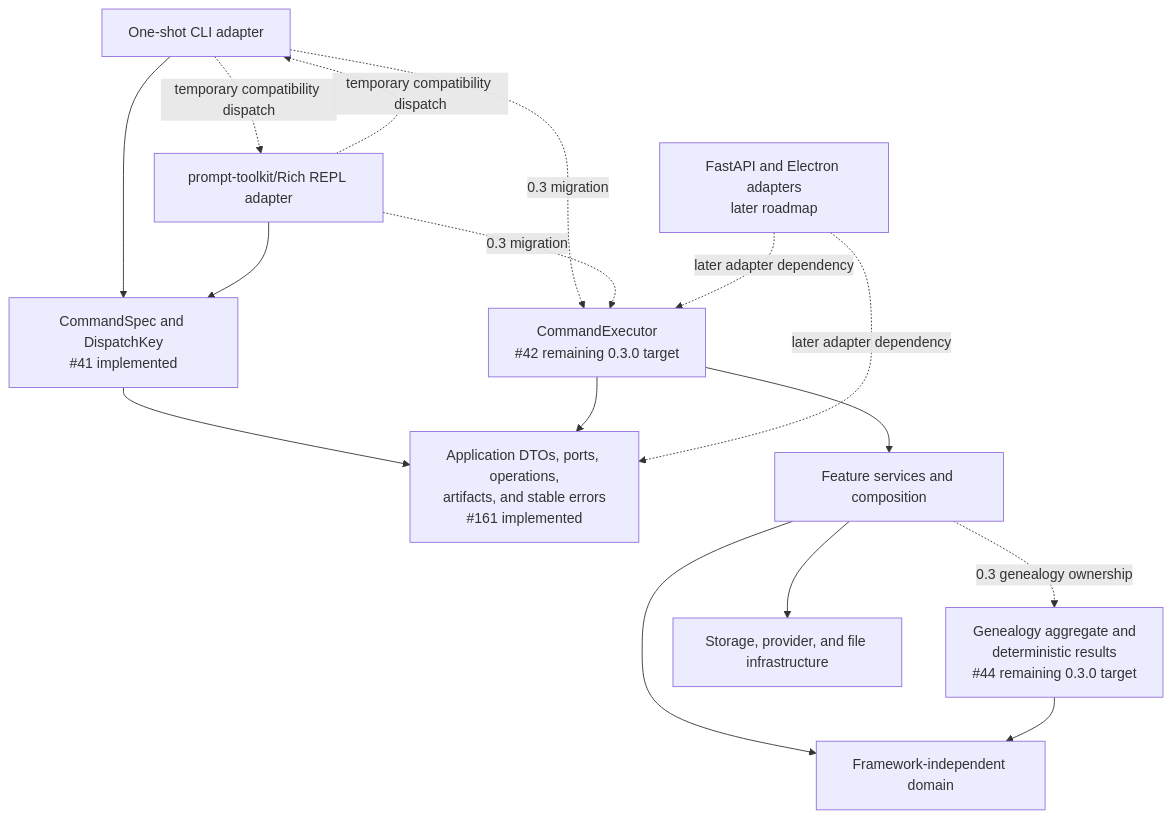
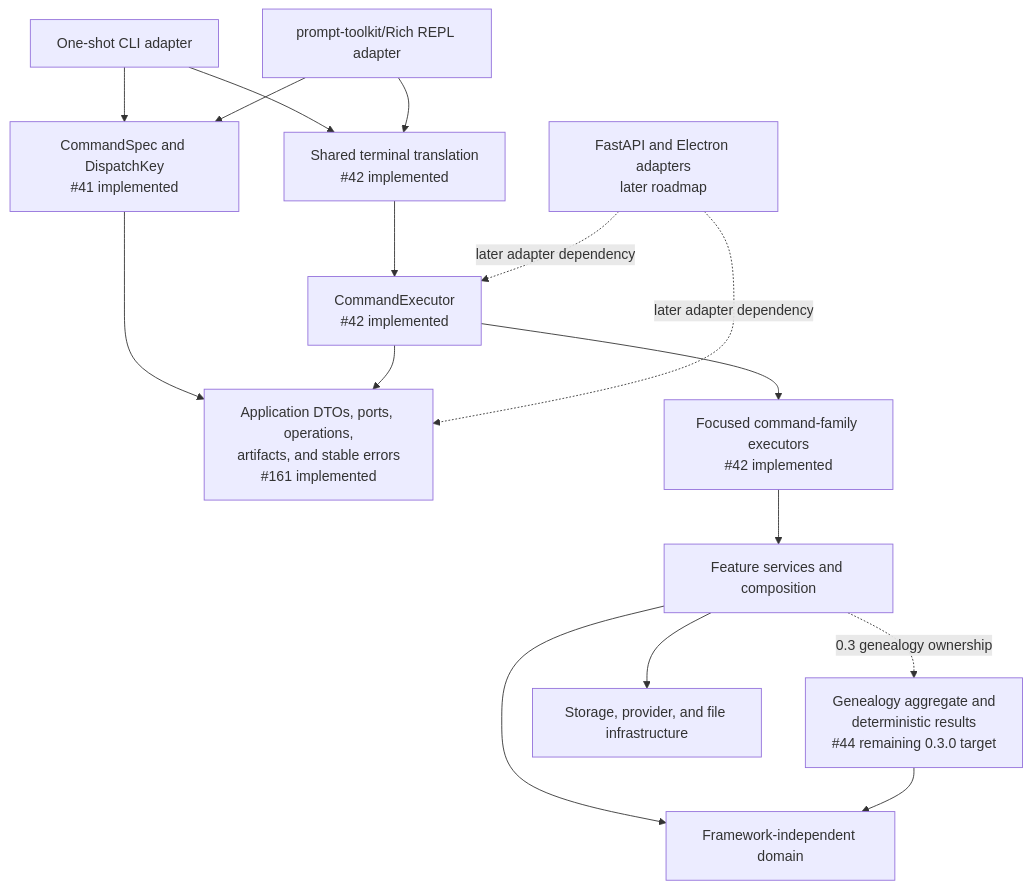
The diagram in docs/ARCHITECTURE_CONTRACTS.md (sodejm/AncestryLLM), drawn with Mermaid before and after one commit. The commit also changed other lines of this file and 31 other files, not shown here.

Commit message:
feat: share command execution across terminal adapters

````diff
--- a/docs/ARCHITECTURE_CONTRACTS.md
+++ b/docs/ARCHITECTURE_CONTRACTS.md
@@ -24,29 +24,31 @@
 ```mermaid
 flowchart TB
     CLI["One-shot CLI adapter"]
     REPL["prompt-toolkit/Rich REPL adapter"]
     Specs["CommandSpec and DispatchKey\n#41 implemented"]
     Contracts["Application DTOs, ports, operations,\nartifacts, and stable errors\n#161 implemented"]
-    Executor["CommandExecutor\n#42 remaining 0.3.0 target"]
+    Terminal["Shared terminal translation\n#42 implemented"]
+    Executor["CommandExecutor\n#42 implemented"]
+    Handlers["Focused command-family executors\n#42 implemented"]
     Services["Feature services and composition"]
     Aggregate["Genealogy aggregate and\ndeterministic results\n#44 remaining 0.3.0 target"]
     Domain["Framework-independent domain"]
     Infra["Storage, provider, and file infrastructure"]
     Future["FastAPI and Electron adapters\nlater roadmap"]
 
     CLI --> Specs
     REPL --> Specs
-    CLI -. "temporary compatibility dispatch" .-> REPL
-    REPL -. "temporary compatibility dispatch" .-> CLI
     Specs --> Contracts
-    CLI -. "0.3 migration" .-> Executor
-    REPL -. "0.3 migration" .-> Executor
-    Executor --> Services
+    CLI --> Terminal
+    REPL --> Terminal
+    Terminal --> Executor
+    Executor --> Handlers
+    Handlers --> Services
     Executor --> Contracts
     Services --> Domain
     Services --> Infra
     Services -. "0.3 genealogy ownership" .-> Aggregate
     Aggregate --> Domain
     Future -. "later adapter dependency" .-> Contracts
     Future -. "later adapter dependency" .-> Executor
 ```
````
